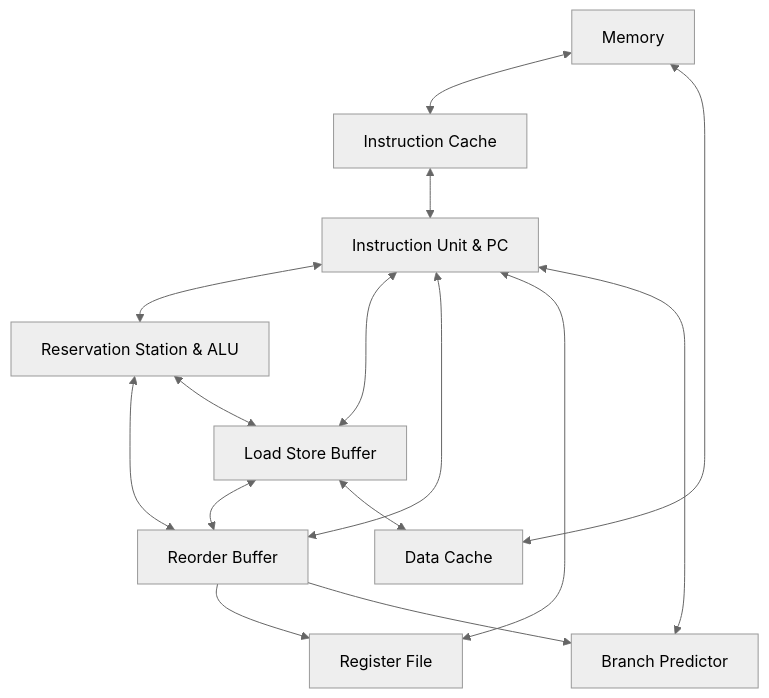
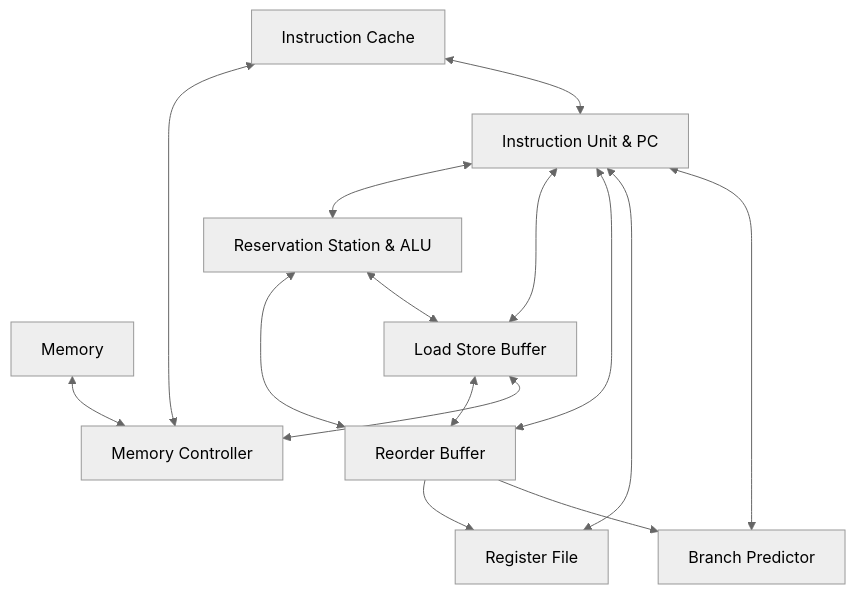
The diagram in README.md (Arcadia-Y/RISC-V-CPU), drawn with Mermaid (neutral theme) before and after one commit. The commit also changed other lines of this file and 3 other files, not shown here.

Commit message:
feat(cache): discard dcache, finish icache

````diff
--- a/README.md
+++ b/README.md
@@ -7,29 +7,29 @@
 ```mermaid
 graph 
 Mem[Memory]
 ICache[Instruction Cache]
-DCache[Data Cache]
 IU[Instruction Unit & PC]
 LSB[Load Store Buffer]
 RF[Register File]
 RS[Reservation Station & ALU]
 ROB[Reorder Buffer]
 Predictor[Branch Predictor]
+MemCtrl[Memory Controller]
 
-Mem <--> ICache
-Mem <--> DCache
+Mem <--> MemCtrl
+ICache <--> MemCtrl
 ICache <--> IU
 
 IU <--> RS
 IU <--> LSB
 IU <--> ROB
 IU <--> RF
 IU <--> Predictor
 
 RS <--> ROB
 RS <--> LSB
 LSB <--> ROB
-LSB <--> DCache
+LSB <--> MemCtrl
 ROB --> RF
 ROB --> Predictor
 ```
````
